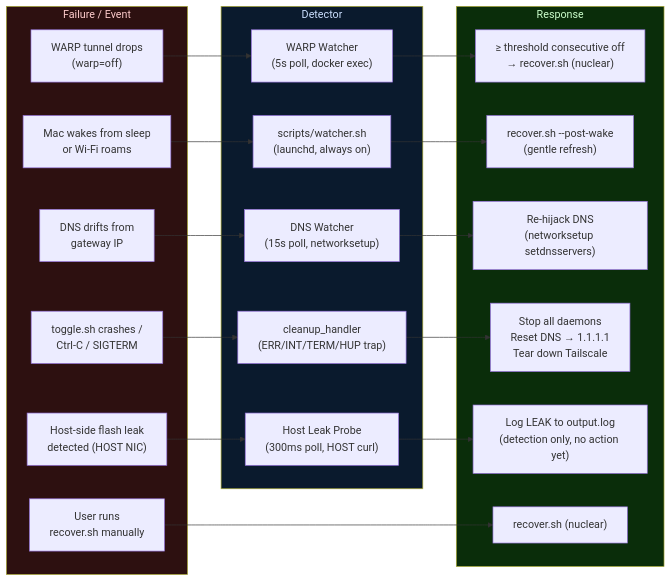
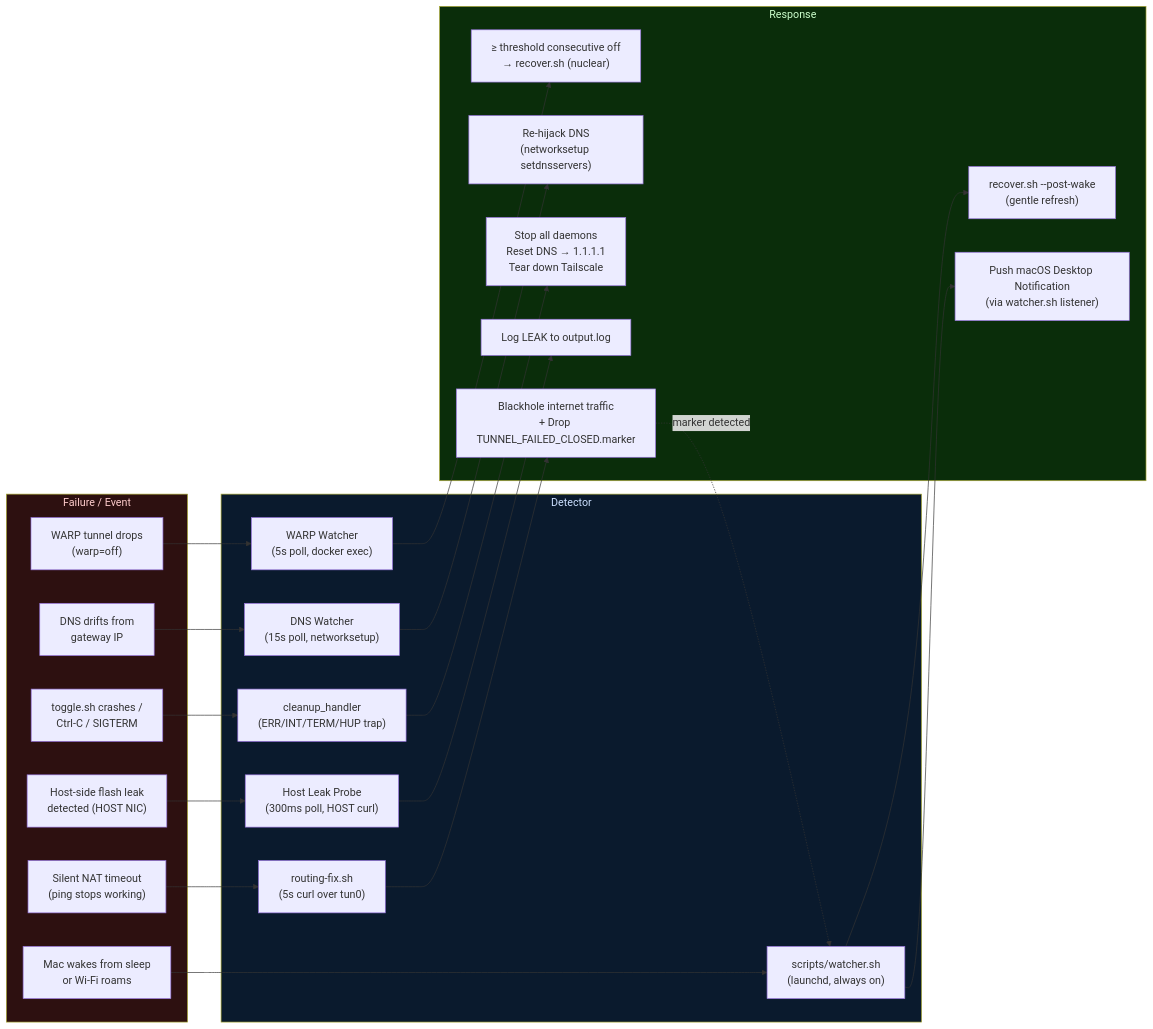
One commit to OmarAlaaeldein/nullexit changed the seventh of 7 diagrams in diagrams.md. Above: the diagram before and after it, drawn with Mermaid. The commit also changed other lines of this file, not shown here.

Commit message:
docs(diagrams): update architecture flows to include kill-switch and geo-blocking

````diff
--- a/diagrams.md
+++ b/diagrams.md
@@ -291,39 +291,43 @@
 ```mermaid
 flowchart LR
     subgraph EVENTS["Failure / Event"]
         E1["WARP tunnel drops\n(warp=off)"]
         E2["Mac wakes from sleep\nor Wi-Fi roams"]
         E3["DNS drifts from\ngateway IP"]
         E4["toggle.sh crashes /\nCtrl-C / SIGTERM"]
         E5["Host-side flash leak\ndetected (HOST NIC)"]
-        E6["User runs\nrecover.sh manually"]
+        E6["Silent NAT timeout\n(ping stops working)"]
     end
 
     subgraph DETECTORS["Detector"]
         D1["WARP Watcher\n(5s poll, docker exec)"]
         D2["scripts/watcher.sh\n(launchd, always on)"]
         D3["DNS Watcher\n(15s poll, networksetup)"]
         D4["cleanup_handler\n(ERR/INT/TERM/HUP trap)"]
         D5["Host Leak Probe\n(300ms poll, HOST curl)"]
+        D6["routing-fix.sh\n(5s curl over tun0)"]
     end
 
     subgraph ACTIONS["Response"]
         A1["≥ threshold consecutive off\n→ recover.sh (nuclear)"]
         A2["recover.sh --post-wake\n(gentle refresh)"]
         A3["Re-hijack DNS\n(networksetup setdnsservers)"]
         A4["Stop all daemons\nReset DNS → 1.1.1.1\nTear down Tailscale"]
-        A5["Log LEAK to output.log\n(detection only, no action yet)"]
-        A6["recover.sh (nuclear)"]
+        A5["Log LEAK to output.log"]
+        A6["Blackhole internet traffic\n+ Drop TUNNEL_FAILED_CLOSED.marker"]
+        A7["Push macOS Desktop Notification\n(via watcher.sh listener)"]
     end
 
     E1 --> D1 --> A1
     E2 --> D2 --> A2
     E3 --> D3 --> A3
     E4 --> D4 --> A4
     E5 --> D5 --> A5
-    E6 --> A6
+    E6 --> D6 --> A6
+    A6 -.->|"marker detected"| D2
+    D2 --> A7
 
     style EVENTS fill:#2d1010,color:#ffcccc
     style DETECTORS fill:#0a1a2d,color:#cce0ff
     style ACTIONS fill:#0a2d0a,color:#ccffcc
 ```
````
